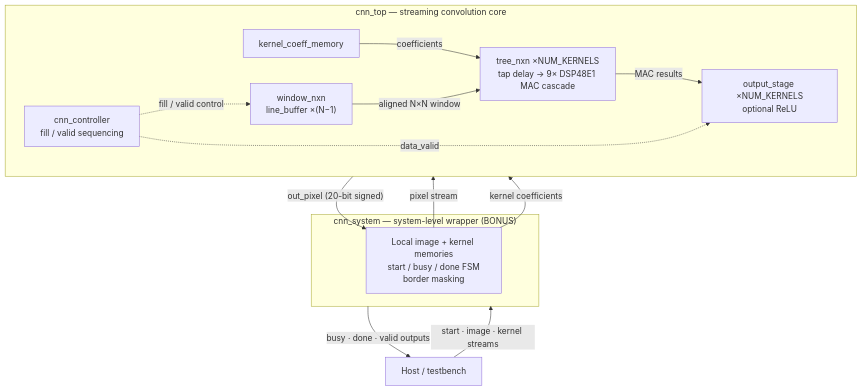
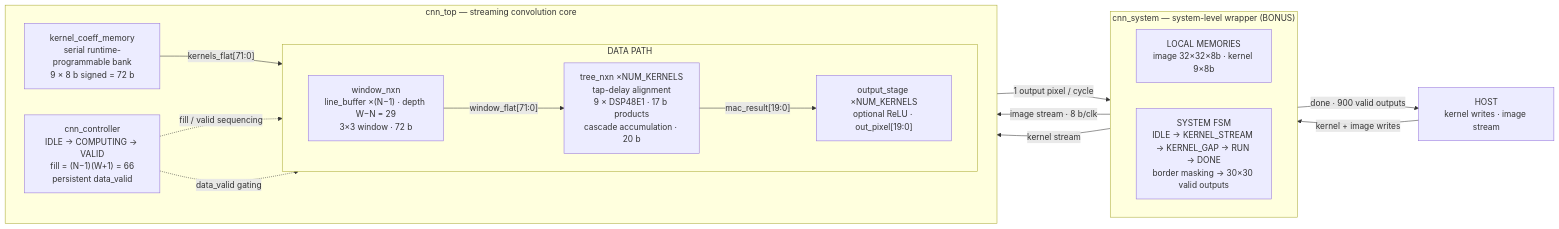
The diagram in README.md (ahmedbadwy77/sscs26-cnn-accelerator), drawn with Mermaid before and after one commit. The commit also changed other lines of this file and 2 other files, not shown here.

````diff
--- a/README.md
+++ b/README.md
@@ -76,27 +61,33 @@
 ```mermaid
-graph TD
-    HOST["Host / testbench"] -->|"start · image · kernel streams"| WRAP
-    WRAP -->|"busy · done · valid outputs"| HOST
+flowchart LR
+    HOST["HOST<br/>kernel writes · image stream"]
 
-    subgraph WRAP["cnn_system — system-level wrapper (BONUS)"]
-        MEM["Local image + kernel memories<br/>start / busy / done FSM<br/>border masking"]
+    subgraph SYS["cnn_system — system-level wrapper (BONUS)"]
+        direction LR
+        MEM["LOCAL MEMORIES<br/>image 32×32×8b · kernel 9×8b"]
+        SYSFSM["SYSTEM FSM<br/>IDLE → KERNEL_STREAM → KERNEL_GAP → RUN → DONE<br/>border masking → 30×30 valid outputs"]
     end
 
     subgraph CORE["cnn_top — streaming convolution core"]
         direction LR
-        CTRL["cnn_controller<br/>fill / valid sequencing"]
-        KCM["kernel_coeff_memory"]
-        WIN["window_nxn<br/>line_buffer ×(N−1)"]
-        TREE["tree_nxn ×NUM_KERNELS<br/>tap delay → 9× DSP48E1 MAC cascade"]
-        OUT["output_stage ×NUM_KERNELS<br/>optional ReLU"]
+        subgraph DPATH["DATA PATH"]
+            direction LR
+            WIN["window_nxn<br/>line_buffer ×(N−1) · depth W−N = 29<br/>3×3 window · 72 b"]
+            MAC["tree_nxn ×NUM_KERNELS<br/>tap-delay alignment<br/>9 × DSP48E1 · 17 b products<br/>cascade accumulation · 20 b"]
+            OUT["output_stage ×NUM_KERNELS<br/>optional ReLU · out_pixel[19:0]"]
+            WIN -->|"window_flat[71:0]"| MAC
+            MAC -->|"mac_result[19:0]"| OUT
+        end
+        KCM["kernel_coeff_memory<br/>serial runtime-programmable bank<br/>9 × 8 b signed = 72 b"]
+        CTRL["cnn_controller<br/>IDLE → COMPUTING → VALID<br/>fill = (N−1)(W+1) = 66<br/>persistent data_valid"]
     end
 
-    MEM -->|"pixel stream"| WIN
-    MEM -->|"kernel coefficients"| KCM
-    KCM -->|"coefficients"| TREE
-    WIN -->|"aligned N×N window"| TREE
-    TREE -->|"MAC results"| OUT
-    CTRL -.->|"fill / valid control"| WIN
-    CTRL -.->|"data_valid"| OUT
-    OUT -->|"out_pixel (20-bit signed)"| MEM
+    HOST -->|"kernel + image writes"| MEM
+    MEM -->|"image stream · 8 b/clk"| WIN
+    MEM -->|"kernel stream"| KCM
+    KCM -->|"kernels_flat[71:0]"| MAC
+    CTRL -.->|"fill / valid sequencing"| WIN
+    CTRL -.->|"data_valid gating"| OUT
+    OUT -->|"1 output pixel / cycle"| SYSFSM
+    SYSFSM -->|"done · 900 valid outputs"| HOST
 ```
````
